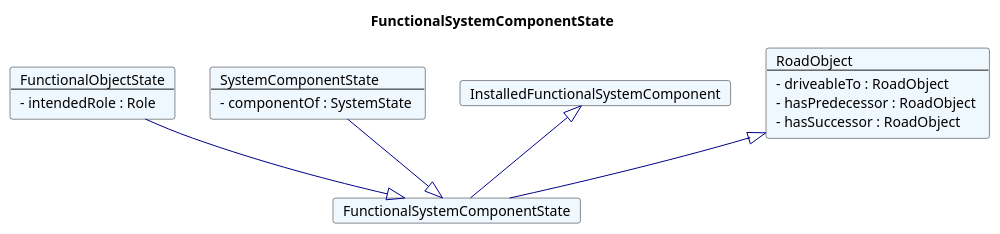
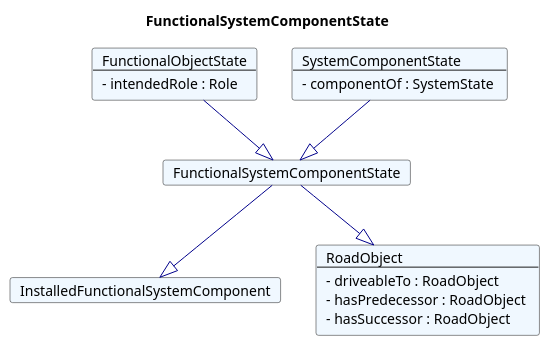
The diagram in fragments/puml/FunctionalSystemComponentState.plantuml (rtigran/rdf2adoc), drawn with PlantUML before and after one commit. The commit also changed 111 other files, not shown here.

Commit message:
fix for diagram plantuml, diagram generartion switchded off

```diff
--- a/fragments/puml/FunctionalSystemComponentState.plantuml
+++ b/fragments/puml/FunctionalSystemComponentState.plantuml
@@ -1,31 +1,31 @@
 @startuml
 Title FunctionalSystemComponentState 
 
 Card FunctionalSystemComponentState #F0F8FF [
 FunctionalSystemComponentState
 ]
 Card FunctionalObjectState #F0F8FF [
 FunctionalObjectState
 ----
 - intendedRole : Role 
 ]
 FunctionalObjectState --|> FunctionalSystemComponentState  #00008B 
 Card SystemComponentState #F0F8FF [
 SystemComponentState
 ----
 - componentOf : SystemState 
 ]
 SystemComponentState --|> FunctionalSystemComponentState  #00008B 
 Card InstalledFunctionalSystemComponent #F0F8FF [
 InstalledFunctionalSystemComponent
 ]
-InstalledFunctionalSystemComponent <|-- FunctionalSystemComponentState  #00008B 
+FunctionalSystemComponentState --|> InstalledFunctionalSystemComponent  #00008B 
 Card RoadObject #F0F8FF [
 RoadObject
 ----
 - driveableTo : RoadObject 
 - hasPredecessor : RoadObject 
 - hasSuccessor : RoadObject 
 ]
-RoadObject <|-- FunctionalSystemComponentState  #00008B 
+FunctionalSystemComponentState --|> RoadObject  #00008B 
 @enduml
```
